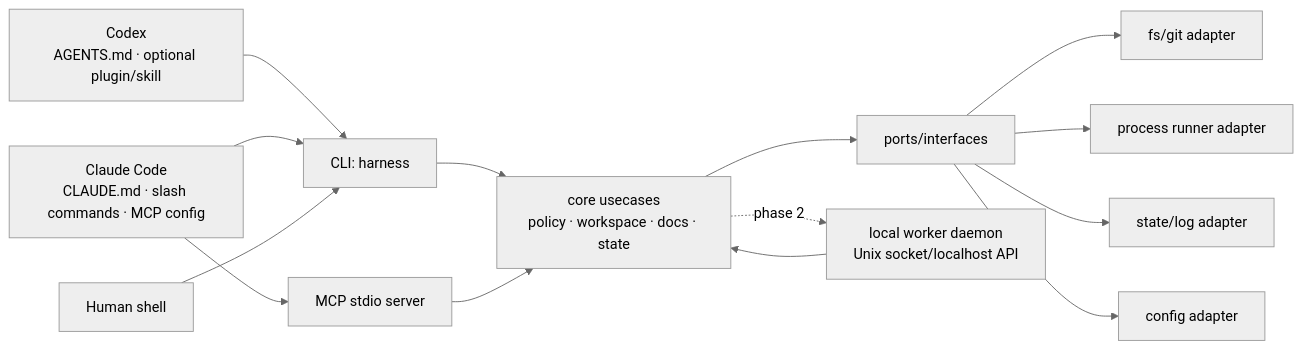
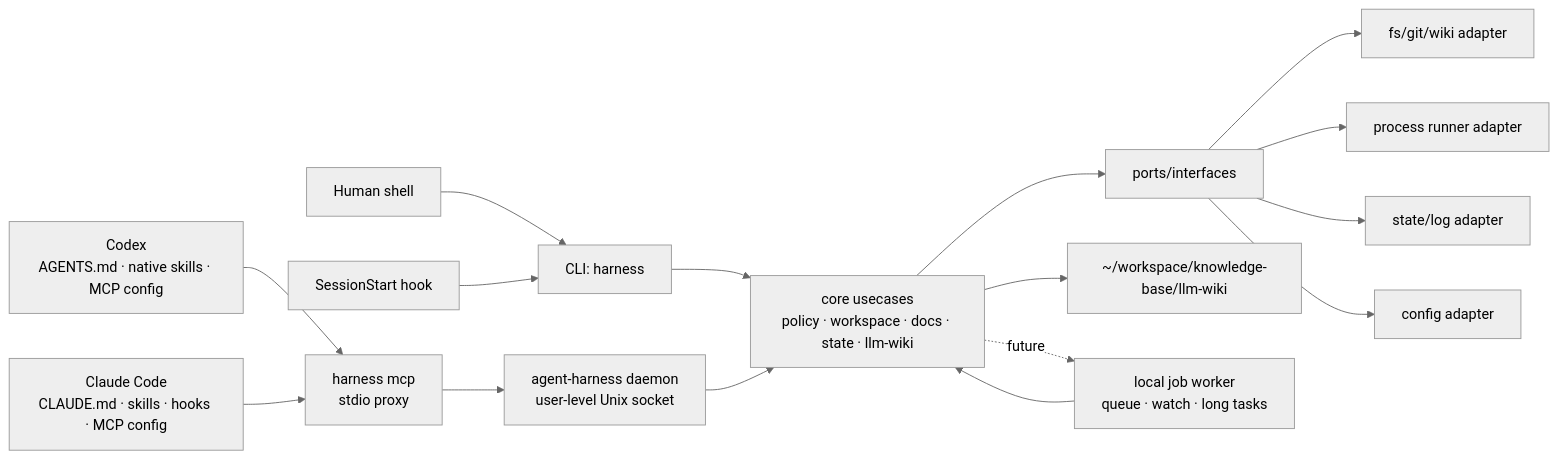
One commit to m16khb-org/agent-harness changed the diagram in agent_docs/ARCHITECTURE.md. Above: the diagram before and after it, drawn with Mermaid (neutral theme). The commit also changed other lines of this file and 55 other files, not shown here.

````diff
--- a/agent_docs/ARCHITECTURE.md
+++ b/agent_docs/ARCHITECTURE.md
@@ -22,18 +22,20 @@
 ```mermaid
 flowchart LR
-    Codex[Codex\nAGENTS.md · optional plugin/skill] --> CLI[CLI: harness]
-    Claude[Claude Code\nCLAUDE.md · slash commands · MCP config] --> CLI
-    Claude --> MCP[MCP stdio server]
-    Human[Human shell] --> CLI
+    Codex[Codex\nAGENTS.md · native skills · MCP config] --> MCPProxy[harness mcp\nstdio proxy]
+    Claude[Claude Code\nCLAUDE.md · skills · hooks · MCP config] --> MCPProxy
+    Human[Human shell] --> CLI[CLI: harness]
+    Hook[SessionStart hook] --> CLI
 
-    CLI --> Core[core usecases\npolicy · workspace · docs · state]
-    MCP --> Core
+    MCPProxy --> Daemon[agent-harness daemon\nuser-level Unix socket]
+    CLI --> Core[core usecases\npolicy · workspace · docs · state · llm-wiki]
+    Daemon --> Core
     Core --> Ports[ports/interfaces]
-    Ports --> FS[fs/git adapter]
+    Ports --> FS[fs/git/wiki adapter]
     Ports --> Proc[process runner adapter]
     Ports --> State[state/log adapter]
     Ports --> Config[config adapter]
+    Core --> Wiki[~/workspace/knowledge-base/llm-wiki]
 
-    Core -. phase 2 .-> Worker[local worker daemon\nUnix socket/localhost API]
+    Core -. future .-> Worker[local job worker\nqueue · watch · long tasks]
     Worker --> Core
 ```
````
